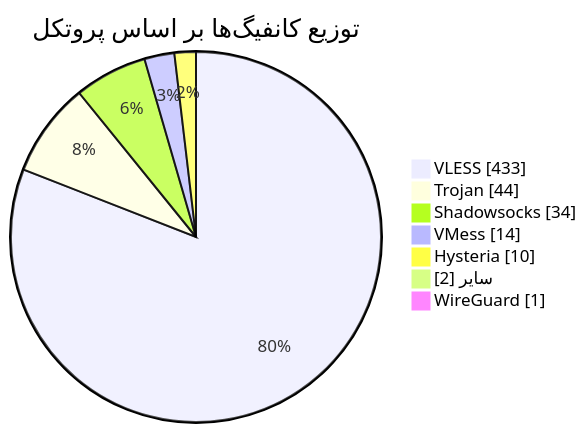
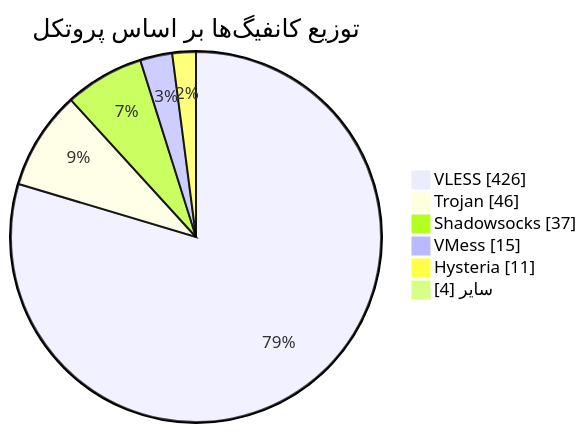
Before and after one commit to Arian-Alijani/Somthing: the diagram in README.md, drawn with Mermaid. The commit also changed other lines of this file and 79 other files, not shown here.

````diff
--- a/README.md
+++ b/README.md
@@ -49,11 +48,10 @@
 ```mermaid
 pie showData
     title توزیع کانفیگ‌ها بر اساس پروتکل
-    "VLESS" : 433
-    "Trojan" : 44
-    "Shadowsocks" : 34
-    "VMess" : 14
-    "Hysteria" : 10
-    "سایر" : 2
-    "WireGuard" : 1
+    "VLESS" : 426
+    "Trojan" : 46
+    "Shadowsocks" : 37
+    "VMess" : 15
+    "Hysteria" : 11
+    "سایر" : 4
 ```
````
